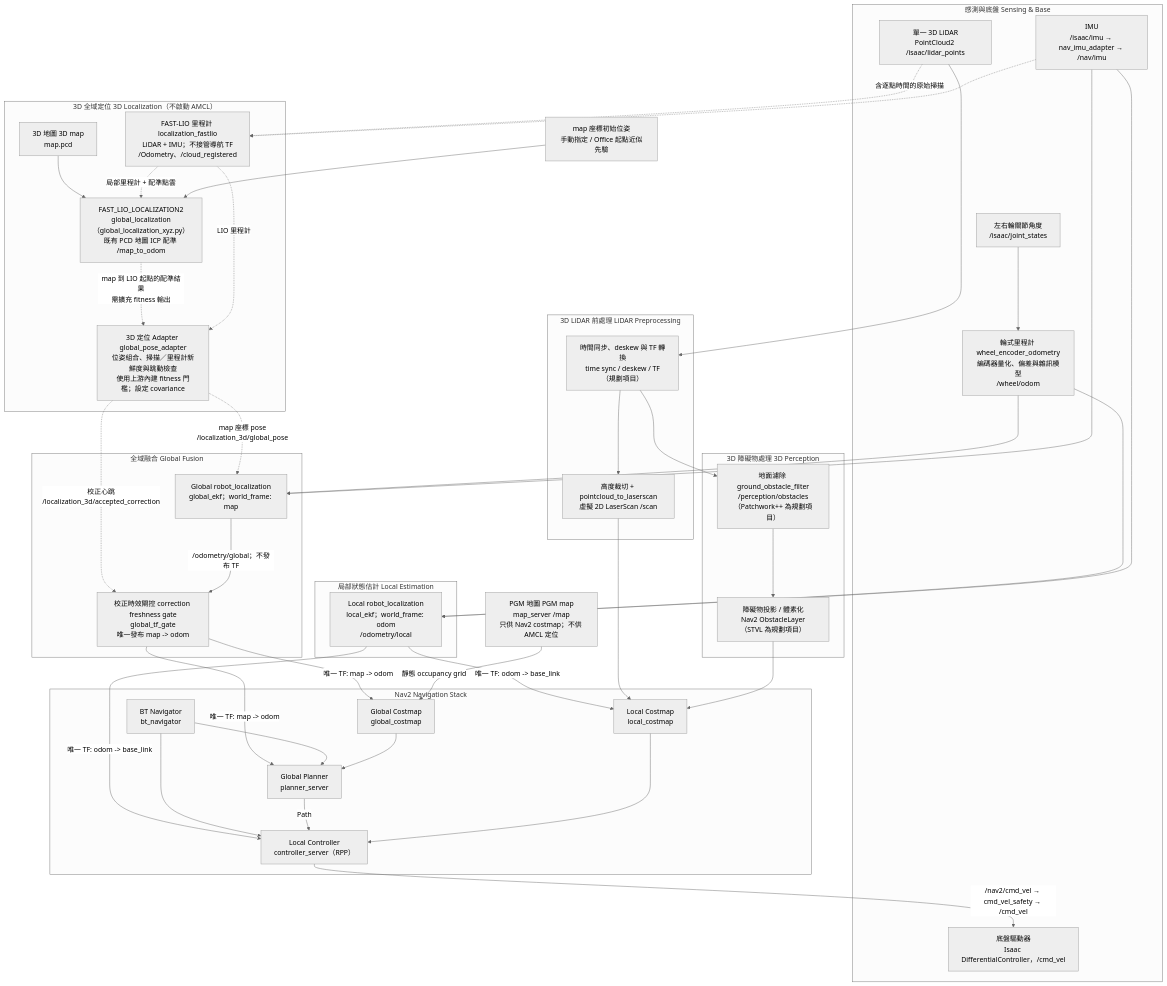
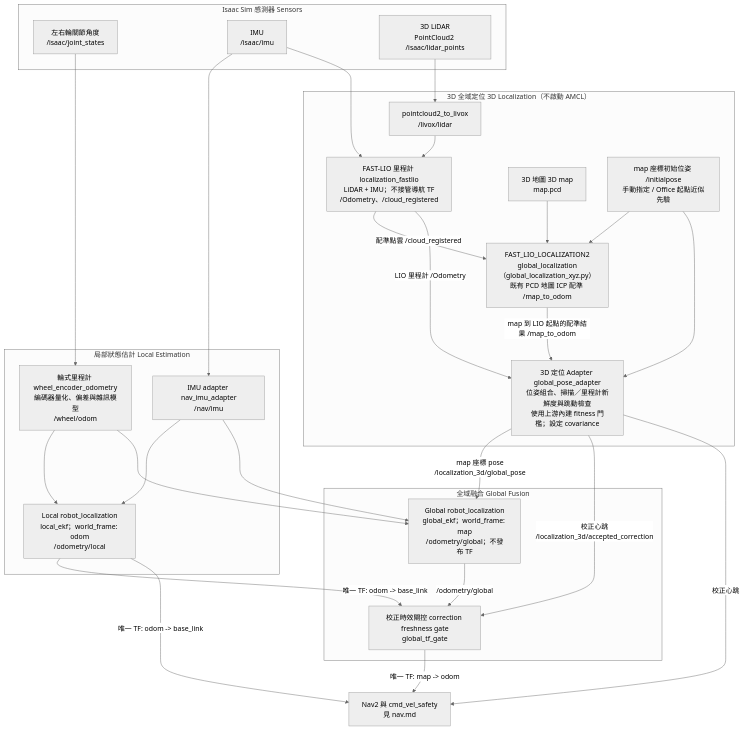
One commit to piggaycheng/isaacsim_fast-lio2-slam changed the second of 2 diagrams in docs/3d_localization.md. Above: the diagram before and after it, drawn with Mermaid (neutral theme). The commit also changed other lines of this file and 2 other files, not shown here.

Commit message:
docs: split navigation architecture into docs/nav.md
3d_localization.md now shows only the 3D localization and global fusion
data flow; nav.md covers costmaps, obstacle marking/clearing, planning,
control, the recovery behavior tree, the cmd_vel safety chain and startup.

````diff
--- a/docs/3d_localization.md
+++ b/docs/3d_localization.md
@@ -42,96 +42,54 @@
 ```mermaid
 flowchart TD
-    %% -------------------- 感測與底盤 --------------------
-    subgraph Sensing ["感測與底盤 Sensing & Base"]
-        WheelJoints["左右輪關節角度<br/>/isaac/joint_states"]
-        WheelOdom["輪式里程計 wheel_encoder_odometry<br/>編碼器量化、偏差與雜訊模型<br/>/wheel/odom"]
-        IMU["IMU<br/>/isaac/imu → nav_imu_adapter → /nav/imu"]
-        Lidar3D["單一 3D LiDAR<br/>PointCloud2 /isaac/lidar_points"]
-        Chassis["底盤驅動器<br/>Isaac DifferentialController，/cmd_vel"]
+    subgraph Sensors ["Isaac Sim 感測器 Sensors"]
+        Joints["左右輪關節角度<br/>/isaac/joint_states"]
+        IMU["IMU<br/>/isaac/imu"]
+        Lidar["3D LiDAR<br/>PointCloud2 /isaac/lidar_points"]
     end
 
-    %% -------------------- 點雲前處理 --------------------
-    subgraph LidarPreprocessing ["3D LiDAR 前處理 LiDAR Preprocessing"]
-        Deskew["時間同步、deskew 與 TF 轉換<br/>time sync / deskew / TF（規劃項目）"]
-        ScanProjection["高度裁切 + pointcloud_to_laserscan<br/>虛擬 2D LaserScan /scan"]
-    end
-
-    %% -------------------- 局部狀態估計 --------------------
     subgraph LocalEstimation ["局部狀態估計 Local Estimation"]
+        WheelOdom["輪式里程計 wheel_encoder_odometry<br/>編碼器量化、偏差與雜訊模型<br/>/wheel/odom"]
+        IMUAdapter["IMU adapter nav_imu_adapter<br/>/nav/imu"]
         LocalEKF["Local robot_localization<br/>local_ekf；world_frame: odom<br/>/odometry/local"]
     end
 
-    %% -------------------- 3D 全域定位 --------------------
     subgraph Localization3D ["3D 全域定位 3D Localization（不啟動 AMCL）"]
+        Livox["pointcloud2_to_livox<br/>/livox/lidar"]
+        FastLIO["FAST-LIO 里程計 localization_fastlio<br/>LiDAR + IMU；不接管導航 TF<br/>/Odometry、/cloud_registered"]
         PCD["3D 地圖 3D map<br/>map.pcd"]
-        FastLIO["FAST-LIO 里程計 localization_fastlio<br/>LiDAR + IMU；不接管導航 TF<br/>/Odometry、/cloud_registered"]
-        FastLIOLocalization["FAST_LIO_LOCALIZATION2<br/>global_localization（global_localization_xyz.py）<br/>既有 PCD 地圖 ICP 配準 /map_to_odom"]
-        FastLIOAdapter["3D 定位 Adapter global_pose_adapter<br/>位姿組合、掃描／里程計新鮮度與跳動檢查<br/>使用上游內建 fitness 門檻；設定 covariance"]
+        InitialPose["map 座標初始位姿 /initialpose<br/>手動指定 / Office 起點近似先驗"]
+        ICP["FAST_LIO_LOCALIZATION2<br/>global_localization（global_localization_xyz.py）<br/>既有 PCD 地圖 ICP 配準 /map_to_odom"]
+        Adapter["3D 定位 Adapter global_pose_adapter<br/>位姿組合、掃描／里程計新鮮度與跳動檢查<br/>使用上游內建 fitness 門檻；設定 covariance"]
     end
 
-    %% -------------------- 2D 導航地圖 --------------------
-    PGM["PGM 地圖 PGM map<br/>map_server /map<br/>只供 Nav2 costmap；不供 AMCL 定位"]
-
-    %% -------------------- 全域融合 --------------------
     subgraph GlobalFusion ["全域融合 Global Fusion"]
-        GlobalEKF["Global robot_localization<br/>global_ekf；world_frame: map"]
-        TFGate["校正時效閘控 correction freshness gate<br/>global_tf_gate<br/>唯一發布 map -> odom"]
+        GlobalEKF["Global robot_localization<br/>global_ekf；world_frame: map<br/>/odometry/global；不發布 TF"]
+        TFGate["校正時效閘控 correction freshness gate<br/>global_tf_gate"]
     end
 
-    %% -------------------- 3D 障礙物處理 --------------------
-    subgraph Perception3D ["3D 障礙物處理 3D Perception"]
-        GroundFilter["地面濾除 ground_obstacle_filter<br/>/perception/obstacles<br/>（Patchwork++ 為規劃項目）"]
-        ObstacleProjection["障礙物投影 / 體素化<br/>Nav2 ObstacleLayer（STVL 為規劃項目）"]
-    end
+    Nav["Nav2 與 cmd_vel_safety<br/>見 nav.md"]
 
-    %% -------------------- Nav2 --------------------
-    subgraph Nav2Stack ["Nav2 Navigation Stack"]
-        BTNav["BT Navigator<br/>bt_navigator"]
-        GlobalCostmap["Global Costmap<br/>global_costmap"]
-        LocalCostmap["Local Costmap<br/>local_costmap"]
-        GlobalPlanner["Global Planner<br/>planner_server"]
-        LocalController["Local Controller<br/>controller_server（RPP）"]
-    end
+    Joints --> WheelOdom
+    IMU --> IMUAdapter
+    WheelOdom --> LocalEKF
+    IMUAdapter --> LocalEKF
+    WheelOdom --> GlobalEKF
+    IMUAdapter --> GlobalEKF
 
-    %% 輪式里程計與局部 EKF
-    WheelJoints --> WheelOdom
-    WheelOdom --> LocalEKF
-    IMU --> LocalEKF
-    WheelOdom --> GlobalEKF
-    IMU --> GlobalEKF
-    LocalEKF -->|"唯一 TF: odom -> base_link"| LocalCostmap
-    LocalEKF -->|"唯一 TF: odom -> base_link"| LocalController
+    Lidar --> Livox --> FastLIO
+    IMU --> FastLIO
+    PCD --> ICP
+    InitialPose --> ICP
+    InitialPose --> Adapter
+    FastLIO -->|"配準點雲 /cloud_registered"| ICP
+    ICP -->|"map 到 LIO 起點的配準結果 /map_to_odom"| Adapter
+    FastLIO -->|"LIO 里程計 /Odometry"| Adapter
+    Adapter -->|"map 座標 pose<br/>/localization_3d/global_pose"| GlobalEKF
+    Adapter -->|"校正心跳<br/>/localization_3d/accepted_correction"| TFGate
+    GlobalEKF -->|"/odometry/global"| TFGate
+    LocalEKF -->|"唯一 TF: odom -> base_link"| TFGate
 
-    %% PCD 配準提供唯一的全域定位觀測
-    PCD --> FastLIOLocalization
-    Lidar3D --> Deskew
-    Lidar3D -.->|"含逐點時間的原始掃描"| FastLIO
-    IMU -.-> FastLIO
-    FastLIO -.->|"局部里程計 + 配準點雲"| FastLIOLocalization
-    InitialPose["map 座標初始位姿<br/>手動指定 / Office 起點近似先驗"] --> FastLIOLocalization
-    FastLIOLocalization -.->|"map 到 LIO 起點的配準結果<br/>需擴充 fitness 輸出"| FastLIOAdapter
-    FastLIO -.->|"LIO 里程計"| FastLIOAdapter
-    FastLIOAdapter -.->|"map 座標 pose<br/>/localization_3d/global_pose"| GlobalEKF
-
-    %% Global EKF 不直接發布 TF；閘控節點阻止過期校正時的 TF 更新
-    FastLIOAdapter -.->|"校正心跳<br/>/localization_3d/accepted_correction"| TFGate
-    GlobalEKF -->|"/odometry/global；不發布 TF"| TFGate
-    TFGate -->|"唯一 TF: map -> odom"| GlobalCostmap
-    TFGate -->|"唯一 TF: map -> odom"| GlobalPlanner
-
-    %% Nav2 地圖與即時障礙物
-    PGM -->|"靜態 occupancy grid"| GlobalCostmap
-    Deskew --> ScanProjection
-    ScanProjection --> LocalCostmap
-    Deskew --> GroundFilter
-    GroundFilter --> ObstacleProjection
-    ObstacleProjection --> LocalCostmap
-
-    %% Nav2 資料流
-    BTNav --> GlobalPlanner
-    BTNav --> LocalController
-    GlobalCostmap --> GlobalPlanner
-    GlobalPlanner -->|"Path"| LocalController
-    LocalCostmap --> LocalController
-    LocalController -->|"/nav2/cmd_vel → cmd_vel_safety → /cmd_vel"| Chassis
+    TFGate -->|"唯一 TF: map -> odom"| Nav
+    LocalEKF -->|"唯一 TF: odom -> base_link"| Nav
+    Adapter -->|"校正心跳"| Nav
 ```
````
